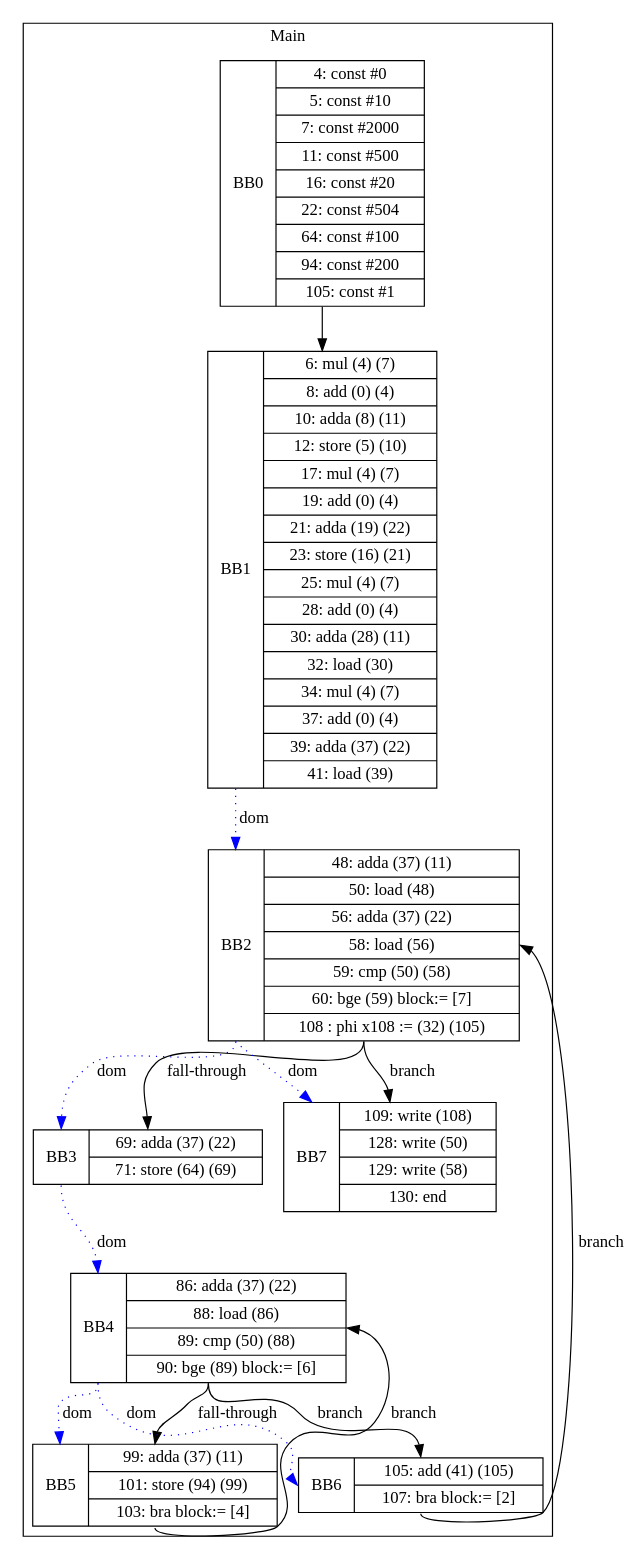
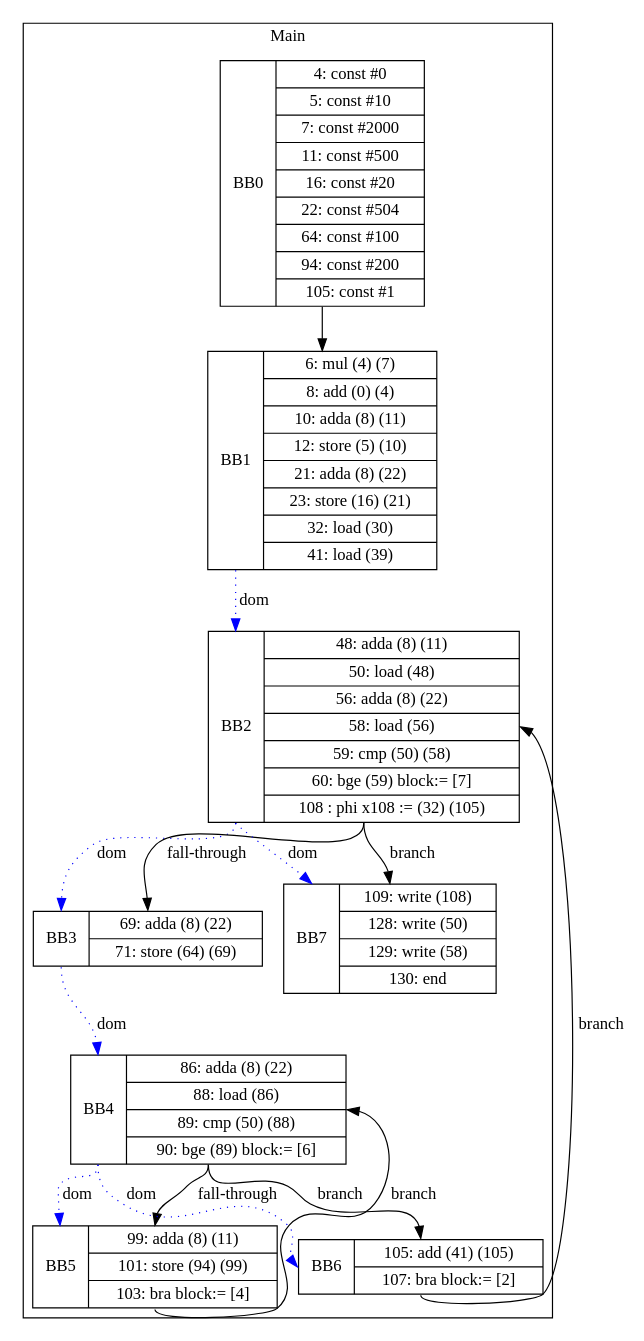
Before and after one commit to zjc664656505/UCI-CS241-Advanced-Compiler-main: the diagram in visualization/Hongyu/array/array_nestedWhile.gv, drawn with Graphviz. The commit also changed 28 other files, not shown here.

```diff
--- a/visualization/Hongyu/array/array_nestedWhile.gv
+++ b/visualization/Hongyu/array/array_nestedWhile.gv
@@ -1,27 +1,27 @@
 digraph G {
 node [shape=record];
 subgraph cluster_main{
 label = "Main";
 BB0 [shape=record, label="<b>BB0|{4: const #0|5: const #10|7: const #2000|11: const #500|16: const #20|22: const #504|64: const #100|94: const #200|105: const #1}"];
-BB1 [shape=record, label="<b>BB1|{6: mul (4) (7)|8: add (0) (4)|10: adda (8) (11)|12: store (5) (10)|17: mul (4) (7)|19: add (0) (4)|21: adda (19) (22)|23: store (16) (21)|25: mul (4) (7)|28: add (0) (4)|30: adda (28) (11)|32: load (30)|34: mul (4) (7)|37: add (0) (4)|39: adda (37) (22)|41: load (39)}"];
-BB2 [shape=record, label="<b>BB2|{48: adda (37) (11)|50: load (48)|56: adda (37) (22)|58: load (56)|59: cmp (50) (58)|60: bge (59) block:= [7]|108 : phi x108 := (32) (105)}"];
-BB3 [shape=record, label="<b>BB3|{69: adda (37) (22)|71: store (64) (69)}"];
-BB4 [shape=record, label="<b>BB4|{86: adda (37) (22)|88: load (86)|89: cmp (50) (88)|90: bge (89) block:= [6]}"];
-BB5 [shape=record, label="<b>BB5|{99: adda (37) (11)|101: store (94) (99)|103: bra block:= [4]}"];
+BB1 [shape=record, label="<b>BB1|{6: mul (4) (7)|8: add (0) (4)|10: adda (8) (11)|12: store (5) (10)|21: adda (8) (22)|23: store (16) (21)|32: load (30)|41: load (39)}"];
+BB2 [shape=record, label="<b>BB2|{48: adda (8) (11)|50: load (48)|56: adda (8) (22)|58: load (56)|59: cmp (50) (58)|60: bge (59) block:= [7]|108 : phi x108 := (32) (105)}"];
+BB3 [shape=record, label="<b>BB3|{69: adda (8) (22)|71: store (64) (69)}"];
+BB4 [shape=record, label="<b>BB4|{86: adda (8) (22)|88: load (86)|89: cmp (50) (88)|90: bge (89) block:= [6]}"];
+BB5 [shape=record, label="<b>BB5|{99: adda (8) (11)|101: store (94) (99)|103: bra block:= [4]}"];
 BB6 [shape=record, label="<b>BB6|{105: add (41) (105)|107: bra block:= [2]}"];
 BB7 [shape=record, label="<b>BB7|{109: write (108)|128: write (50)|129: write (58)|130: end}"];
 }
 BB0:s -> BB1:n ;
 BB1:b -> BB2:b [color=blue, style=dotted, label="dom"];
 BB3:b -> BB4:b [color=blue, style=dotted, label="dom"];
 BB2:b -> BB7:b [color=blue, style=dotted, label="dom"];
 BB4:b -> BB6:b [color=blue, style=dotted, label="dom"];
 BB2:b -> BB3:b [color=blue, style=dotted, label="dom"];
 BB4:b -> BB5:b [color=blue, style=dotted, label="dom"];
 BB4:s -> BB6:n [label="branch"];
 BB2:s -> BB7:n [label="branch"];
 BB6:s -> BB2:e [label="branch"];
 BB5:s -> BB4:e [label="branch"];
 BB2:s -> BB3:n [label="fall-through"];
 BB4:s -> BB5:n [label="fall-through"];
 }
```
